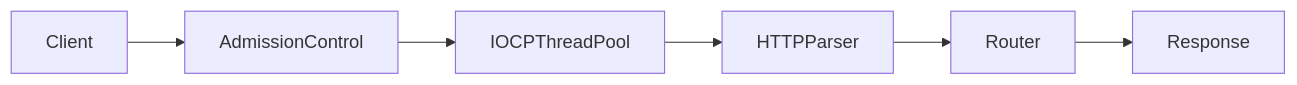
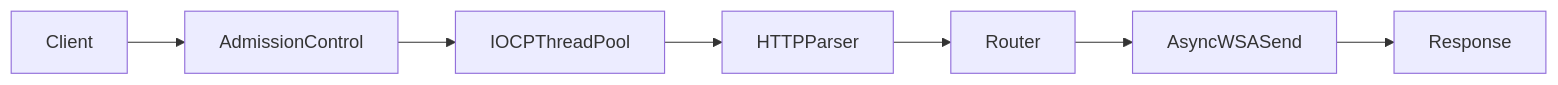
One commit to SrabanMondal/adaptive-cpp-http-server changed the diagram in README.md. Above: the diagram before and after it, drawn with Mermaid. The commit also changed other lines of this file and 13 other files, not shown here.

````diff
--- a/README.md
+++ b/README.md
@@ -66,4 +76,4 @@
 ```mermaid
 flowchart LR
-    Client --> AdmissionControl --> IOCPThreadPool --> HTTPParser --> Router --> Response
+    Client --> AdmissionControl --> IOCPThreadPool --> HTTPParser --> Router --> AsyncWSASend --> Response
 ```
````
